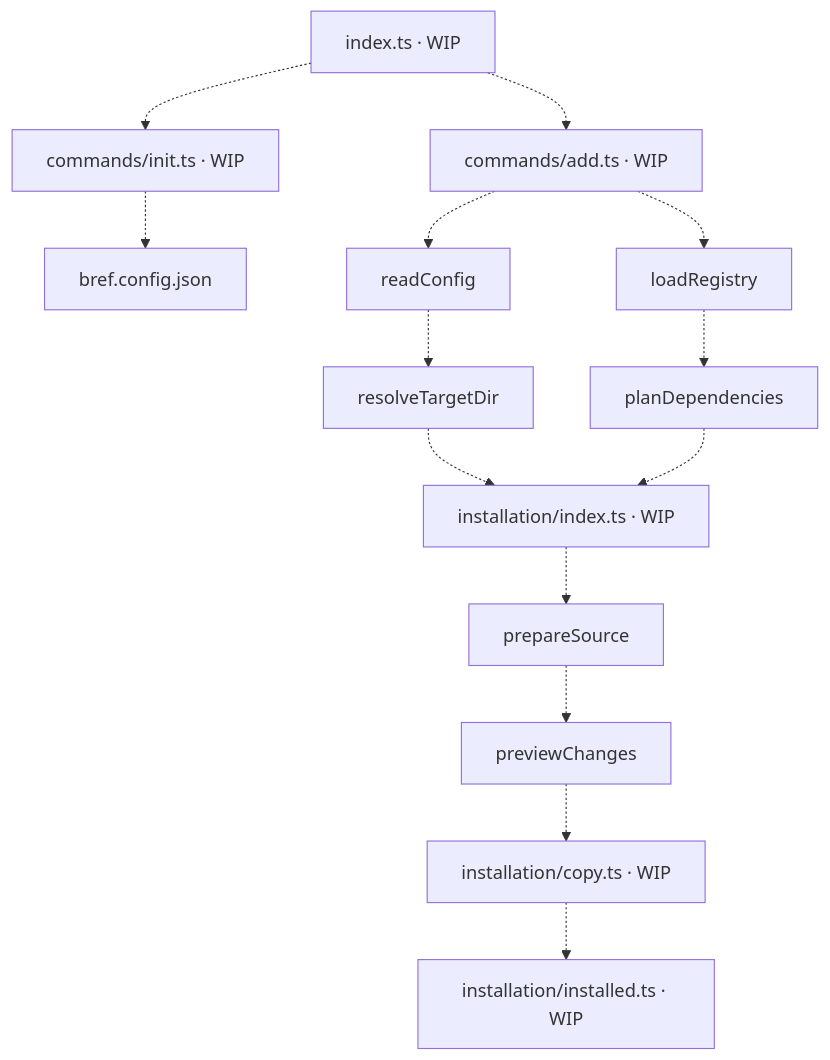
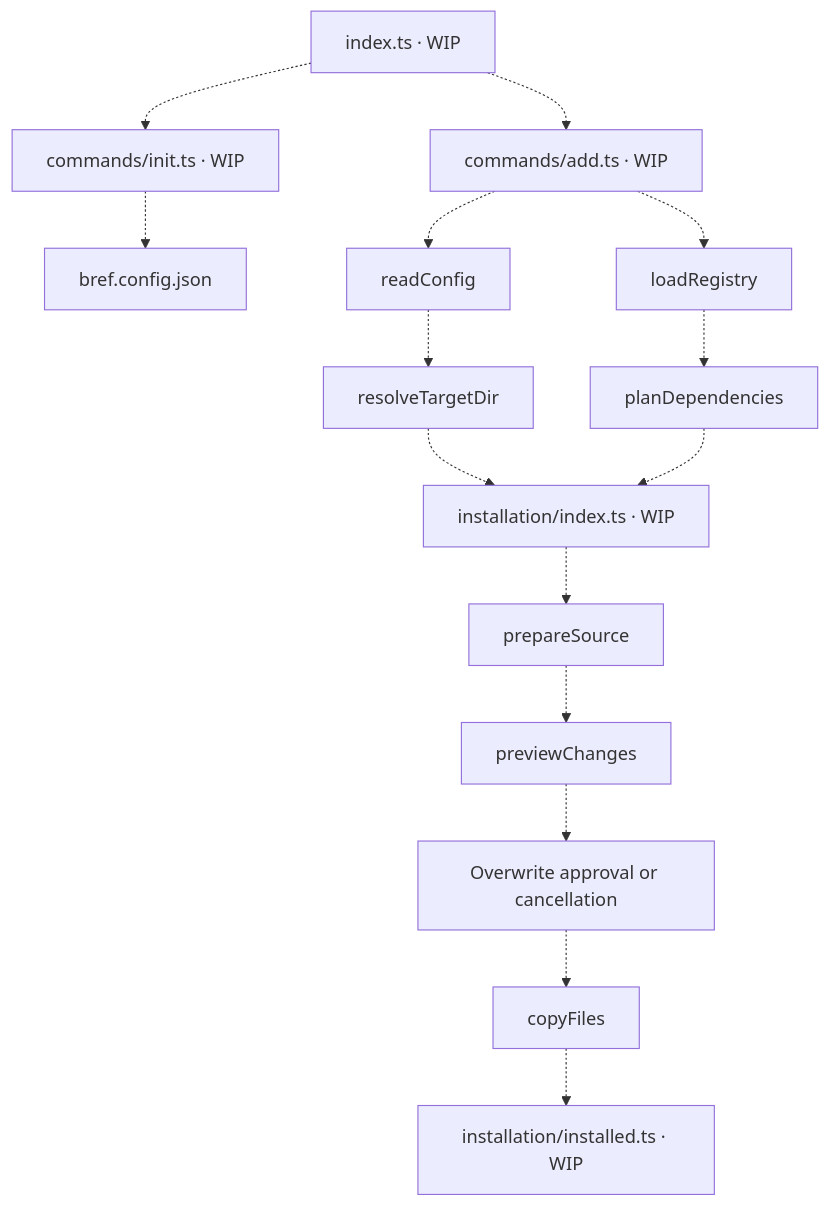
Before and after one commit to feuersteiner/bref-ui: the diagram in cli/README.md, drawn with Mermaid. The commit also changed other lines of this file and 5 other files, not shown here.

````diff
--- a/cli/README.md
+++ b/cli/README.md
@@ -12,16 +12,17 @@
 ```mermaid
 flowchart TD
     entry["index.ts · WIP"] -.-> init["commands/init.ts · WIP"]
     entry -.-> add["commands/add.ts · WIP"]
     init -.-> config["bref.config.json"]
     add -.-> read["readConfig"]
     read -.-> resolve["resolveTargetDir"]
     add -.-> load["loadRegistry"]
     load -.-> plan["planDependencies"]
     resolve -.-> install["installation/index.ts · WIP"]
     plan -.-> install
     install -.-> prepare["prepareSource"]
     prepare -.-> preview["previewChanges"]
-    preview -.-> copy["installation/copy.ts · WIP"]
+    preview -.-> decisions["Overwrite approval or cancellation"]
+    decisions -.-> copy["copyFiles"]
     copy -.-> exports["installation/installed.ts · WIP"]
 ```
````
